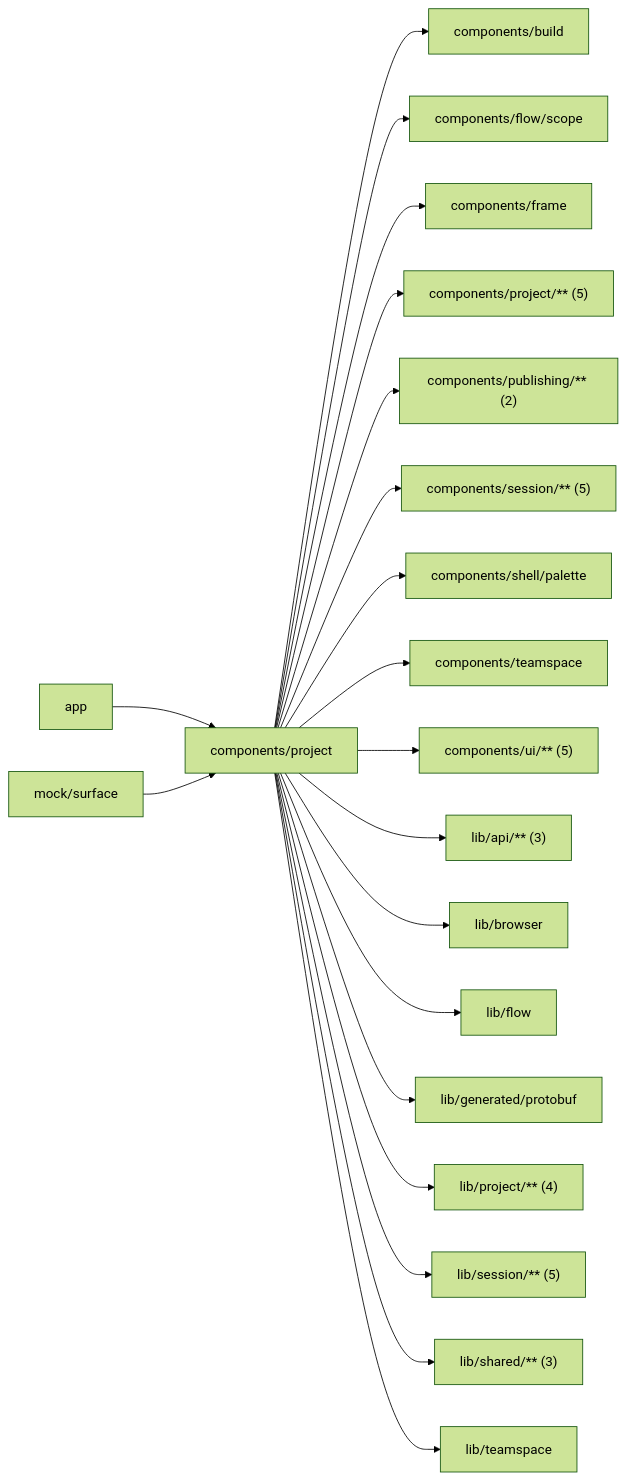
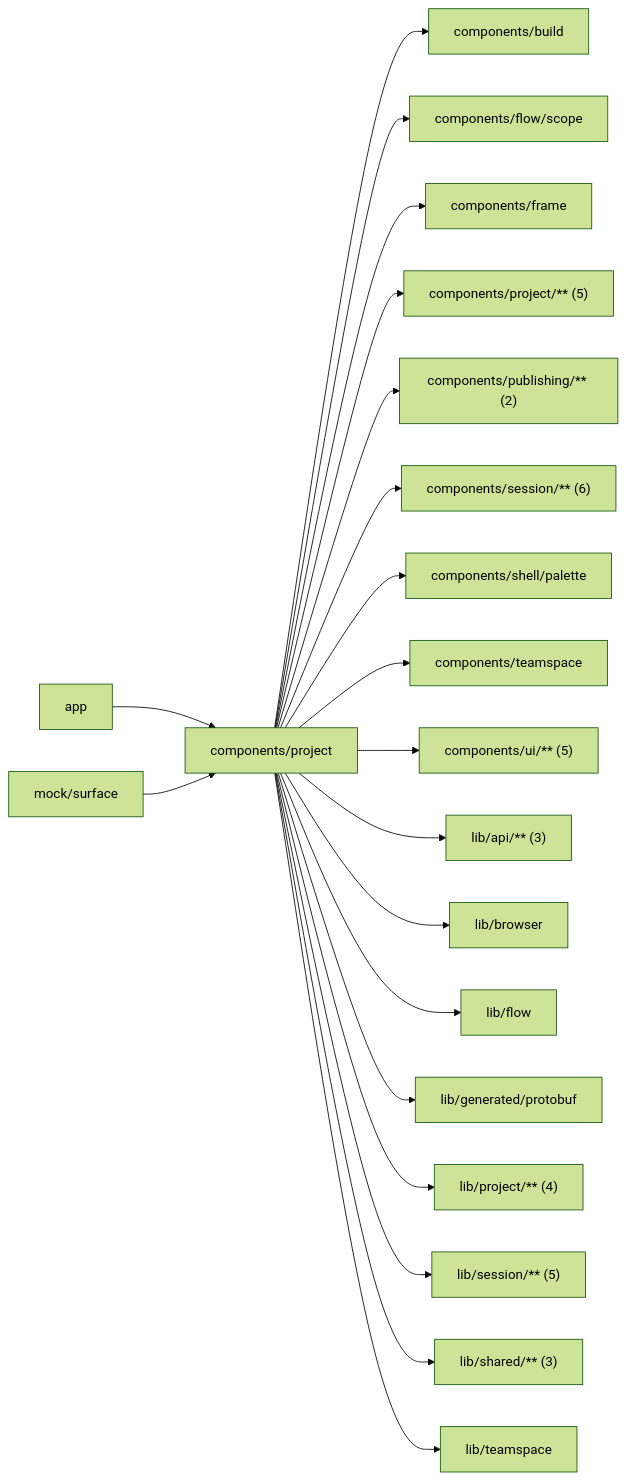
Before and after one commit to superdurable/superverse: the diagram in web/studio/components/project/README.md, drawn with Mermaid (forest theme). The commit also changed other lines of this file and 11 other files, not shown here.

````diff
--- a/web/studio/components/project/README.md
+++ b/web/studio/components/project/README.md
@@ -10,23 +10,23 @@
 ```mermaid
 flowchart LR
   self["components/project"]
   c0["app"] --> self
   c1["mock/surface"] --> self
   self --> d0["components/build"]
   self --> d1["components/flow/scope"]
   self --> d2["components/frame"]
   self --> d3["components/project/** (5)"]
   self --> d4["components/publishing/** (2)"]
-  self --> d5["components/session/** (5)"]
+  self --> d5["components/session/** (6)"]
   self --> d6["components/shell/palette"]
   self --> d7["components/teamspace"]
   self --> d8["components/ui/** (5)"]
   self --> d9["lib/api/** (3)"]
   self --> d10["lib/browser"]
   self --> d11["lib/flow"]
   self --> d12["lib/generated/protobuf"]
   self --> d13["lib/project/** (4)"]
   self --> d14["lib/session/** (5)"]
   self --> d15["lib/shared/** (3)"]
   self --> d16["lib/teamspace"]
 ```
````
